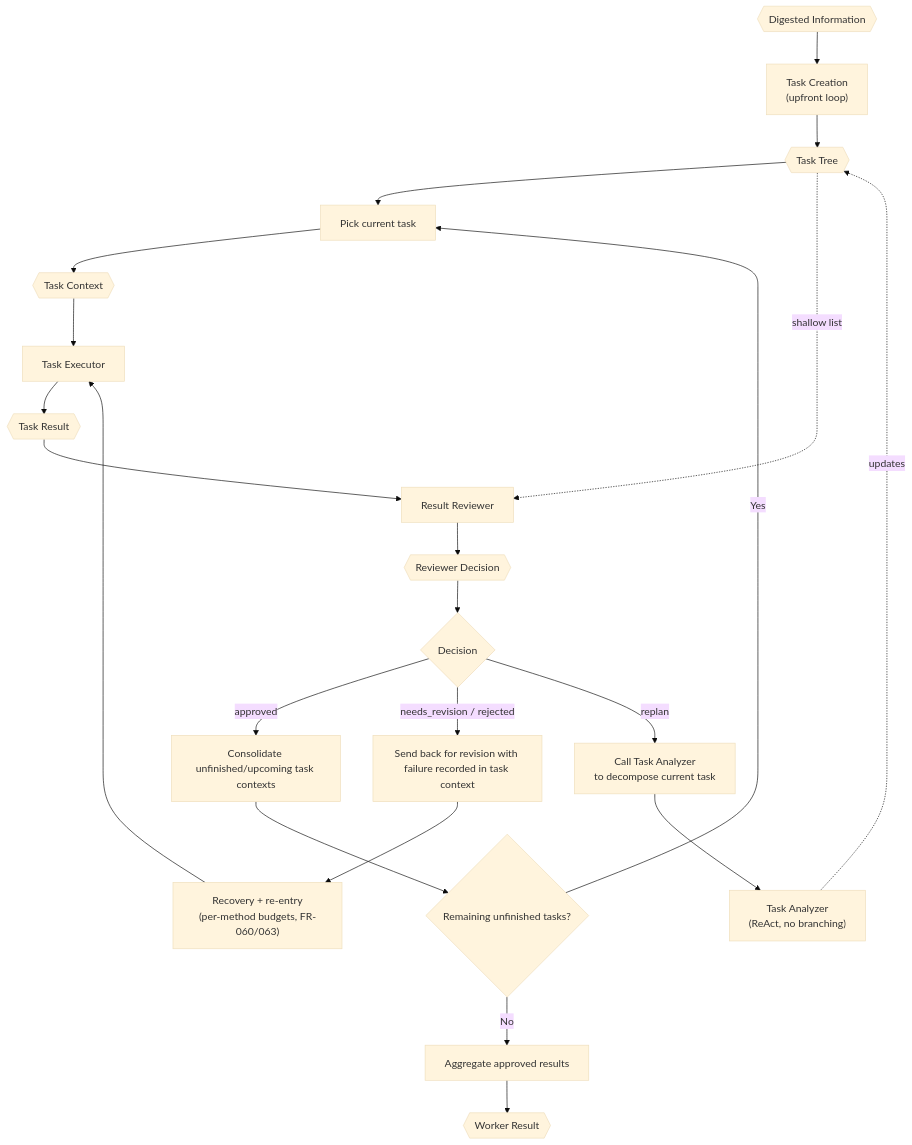
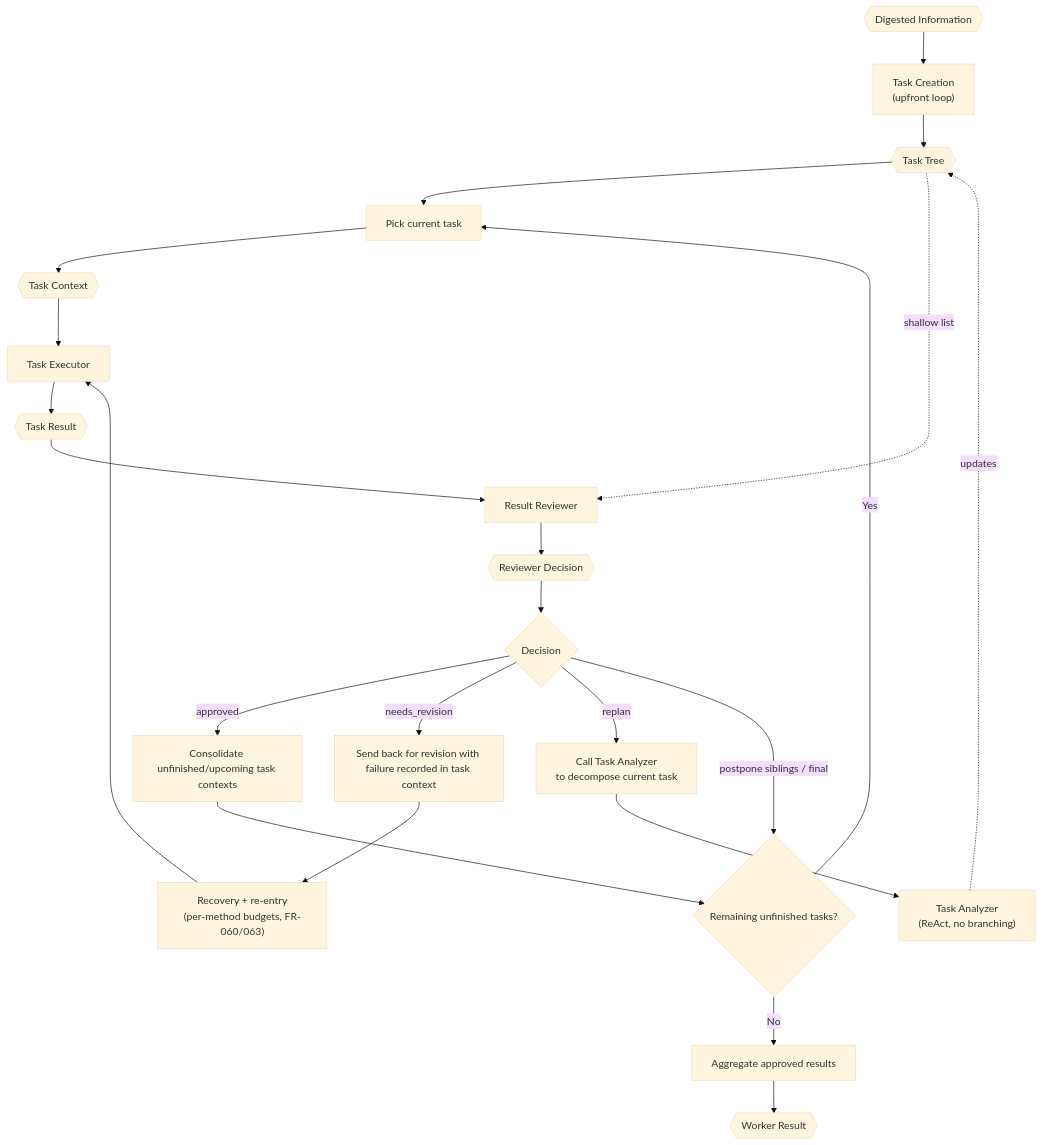
One commit to VJyzCELERY/TINYCUA changed the diagram in src/tinycua/docs/architecture/worker-orchestration.md. Above: the diagram before and after it, drawn with Mermaid (base theme). The commit also changed other lines of this file and 74 other files, not shown here.

````diff
--- a/src/tinycua/docs/architecture/worker-orchestration.md
+++ b/src/tinycua/docs/architecture/worker-orchestration.md
@@ -53,43 +53,44 @@
 ```mermaid
 flowchart TD
     DI{{"Digested Information"}}
     TCR["Task Creation\n(upfront loop)"]
     TL{{"Task Tree"}}
     PICK["Pick current task"]
     TC{{"Task Context"}}
     TE["Task Executor"]
     TRS{{"Task Result"}}
     RV["Result Reviewer"]
     DEC{{"Reviewer Decision"}}
     NEXT{"Decision"}
     UPDATE["Consolidate unfinished/upcoming task contexts"]
     REMAIN{"Remaining unfinished tasks?"}
     REVISE["Send back for revision with failure recorded in task context"]
     REPLAN["Call Task Analyzer\nto decompose current task"]
     TA["Task Analyzer\n(ReAct, no branching)"]
     RECOVER["Recovery + re-entry\n(per-method budgets, FR-060/063)"]
     AGG["Aggregate approved results"]
     WR{{"Worker Result"}}
 
     DI --> TCR
     TCR --> TL
     TL --> PICK
     PICK --> TC
     TC --> TE
     TE --> TRS
     TRS --> RV
     TL -. "shallow list" .-> RV
     RV --> DEC
     DEC --> NEXT
     NEXT -->|approved| UPDATE
     UPDATE --> REMAIN
     REMAIN -->|Yes| PICK
     REMAIN -->|No| AGG
-    NEXT -->|needs_revision / rejected| REVISE
+    NEXT -->|needs_revision| REVISE
     REVISE --> RECOVER
     RECOVER --> TE
     NEXT -->|replan| REPLAN
+    NEXT -->|postpone siblings / final| REMAIN
     REPLAN --> TA
     TA -. "updates" .-> TL
     AGG --> WR
 ```
````
